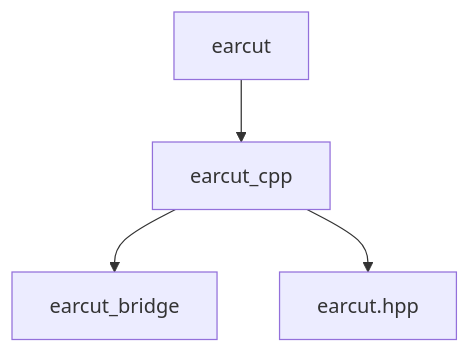
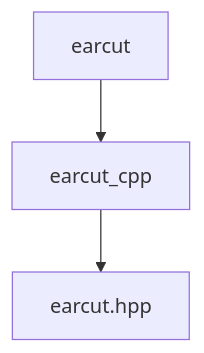
Before and after one commit to schwa/earcut-swift: the diagram in README.md, drawn with Mermaid. The commit also changed other lines of this file and 5 other files, not shown here.

````diff
--- a/README.md
+++ b/README.md
@@ -20,6 +19,5 @@
 ```mermaid
 graph TD;
     earcut-->earcut_cpp;
-    earcut_cpp-->earcut_bridge;
     earcut_cpp-->earcut.hpp;
 ```
````
